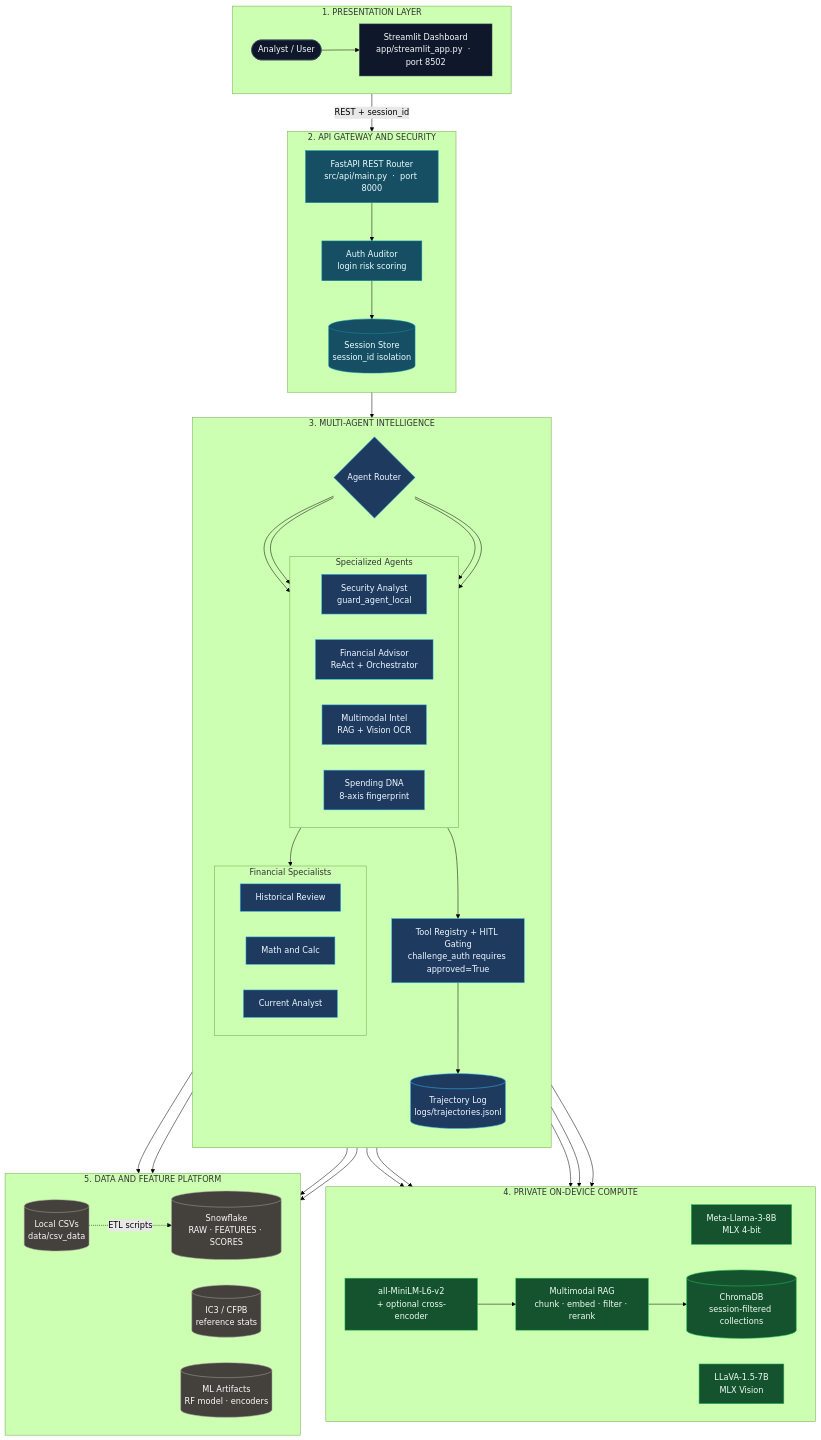
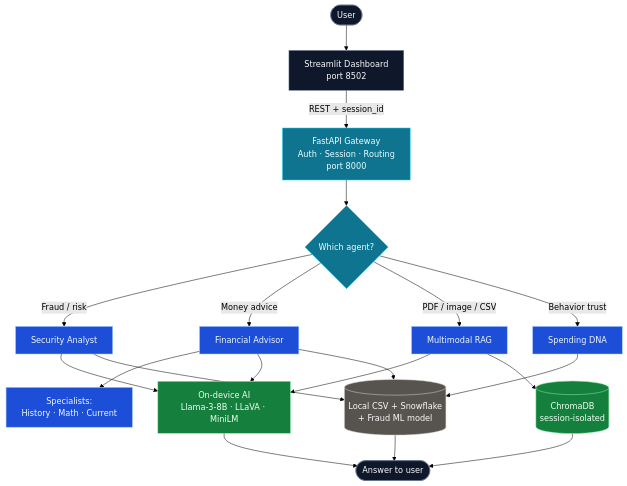
Before and after one commit to ladkrutarth/Hands-On-Week-4: the first of 4 diagrams in README.md, drawn with Mermaid (forest theme). The commit also changed other lines of this file, not shown here.

Commit message:
docs: simplify system architecture diagram for clarity
Replace the dense nested Mermaid layout with a linear request-flow diagram and short step list so the README architecture is easier to follow.

````diff
--- a/README.md
+++ b/README.md
@@ -48,88 +58,34 @@
 ```mermaid
 flowchart TB
-    subgraph L1["1. PRESENTATION LAYER"]
-        direction LR
-        User(["Analyst / User"])
-        UI["Streamlit Dashboard<br/>app/streamlit_app.py  ·  port 8502"]
-        User --> UI
-    end
+    U(["User"]) --> D["Streamlit Dashboard<br/>port 8502"]
+    D -->|"REST + session_id"| G["FastAPI Gateway<br/>Auth · Session · Routing<br/>port 8000"]
 
-    subgraph L2["2. API GATEWAY AND SECURITY"]
-        direction TB
-        API["FastAPI REST Router<br/>src/api/main.py  ·  port 8000"]
-        Auth["Auth Auditor<br/>login risk scoring"]
-        Sess[("Session Store<br/>session_id isolation")]
-        API --> Auth --> Sess
-    end
+    G --> R{"Which agent?"}
 
-    subgraph L3["3. MULTI-AGENT INTELLIGENCE"]
-        direction TB
-        Router{"Agent Router"}
+    R -->|Fraud / risk| A1["Security Analyst"]
+    R -->|Money advice| A2["Financial Advisor"]
+    R -->|PDF / image / CSV| A3["Multimodal RAG"]
+    R -->|Behavior trust| A4["Spending DNA"]
 
-        subgraph Agents["Specialized Agents"]
-            direction LR
-            SEC["Security Analyst<br/>guard_agent_local"]
-            FIN["Financial Advisor<br/>ReAct + Orchestrator"]
-            MM["Multimodal Intel<br/>RAG + Vision OCR"]
-            DNA["Spending DNA<br/>8-axis fingerprint"]
-        end
+    A2 --> S["Specialists:<br/>History · Math · Current"]
 
-        subgraph Spec["Financial Specialists"]
-            direction LR
-            HIST["Historical Review"]
-            CALC["Math and Calc"]
-            CURR["Current Analyst"]
-        end
+    A1 & A2 & A3 --> AI["On-device AI<br/>Llama-3-8B · LLaVA · MiniLM"]
+    A3 --> V[("ChromaDB<br/>session-isolated")]
+    A1 & A2 & A4 --> DATA[("Local CSV + Snowflake<br/>+ Fraud ML model")]
 
-        Tools["Tool Registry + HITL Gating<br/>challenge_auth requires approved=True"]
-        Traj[("Trajectory Log<br/>logs/trajectories.jsonl")]
+    AI --> ANS(["Answer to user"])
+    V --> ANS
+    DATA --> ANS
 
-        Router --> SEC & FIN & MM & DNA
-        FIN --> Spec
-        FIN --> Tools
-        Tools --> Traj
-    end
+    classDef ui fill:#0f172a,stroke:#64748b,color:#f8fafc
+    classDef api fill:#0e7490,stroke:#22d3ee,color:#ecfeff
+    classDef agent fill:#1d4ed8,stroke:#93c5fd,color:#eff6ff
+    classDef ai fill:#15803d,stroke:#86efac,color:#f0fdf4
+    classDef data fill:#57534e,stroke:#d6d3d1,color:#fafaf9
 
-    subgraph L4["4. PRIVATE ON-DEVICE COMPUTE"]
-        direction LR
-        LLM["Meta-Llama-3-8B<br/>MLX 4-bit"]
-        Vision["LLaVA-1.5-7B<br/>MLX Vision"]
-        Emb["all-MiniLM-L6-v2<br/>+ optional cross-encoder"]
-        RAG["Multimodal RAG<br/>chunk · embed · filter · rerank"]
-        Chroma[("ChromaDB<br/>session-filtered collections")]
-        Emb --> RAG --> Chroma
-    end
-
-    subgraph L5["5. DATA AND FEATURE PLATFORM"]
-        direction LR
-        CSV[("Local CSVs<br/>data/csv_data")]
-        IC3[("IC3 / CFPB<br/>reference stats")]
-        SF[("Snowflake<br/>RAW · FEATURES · SCORES")]
-        Art[("ML Artifacts<br/>RF model · encoders")]
-        CSV -.->|ETL scripts| SF
-    end
-
-    UI -->|"REST + session_id"| API
-    API --> Router
-
-    SEC & FIN --> LLM
-    MM --> LLM
-    MM --> Vision
-    MM --> RAG
-    DNA --> CSV
-    SEC --> CSV
-    FIN --> CSV
-    SEC --> Art
-
-    classDef present fill:#0f172a,stroke:#334155,color:#f8fafc,stroke-width:1px
-    classDef gateway fill:#164e63,stroke:#0891b2,color:#ecfeff,stroke-width:1px
-    classDef agent fill:#1e3a5f,stroke:#38bdf8,color:#f0f9ff,stroke-width:1px
-    classDef compute fill:#14532d,stroke:#22c55e,color:#f0fdf4,stroke-width:1px
-    classDef data fill:#44403c,stroke:#a8a29e,color:#fafaf9,stroke-width:1px
-
-    class User,UI present
-    class API,Auth,Sess gateway
-    class Router,SEC,FIN,MM,DNA,HIST,CALC,CURR,Tools,Traj agent
-    class LLM,Vision,Emb,RAG,Chroma compute
-    class CSV,IC3,SF,Art data
+    class U,D,ANS ui
+    class G,R api
+    class A1,A2,A3,A4,S agent
+    class AI,V ai
+    class DATA data
 ```
````
